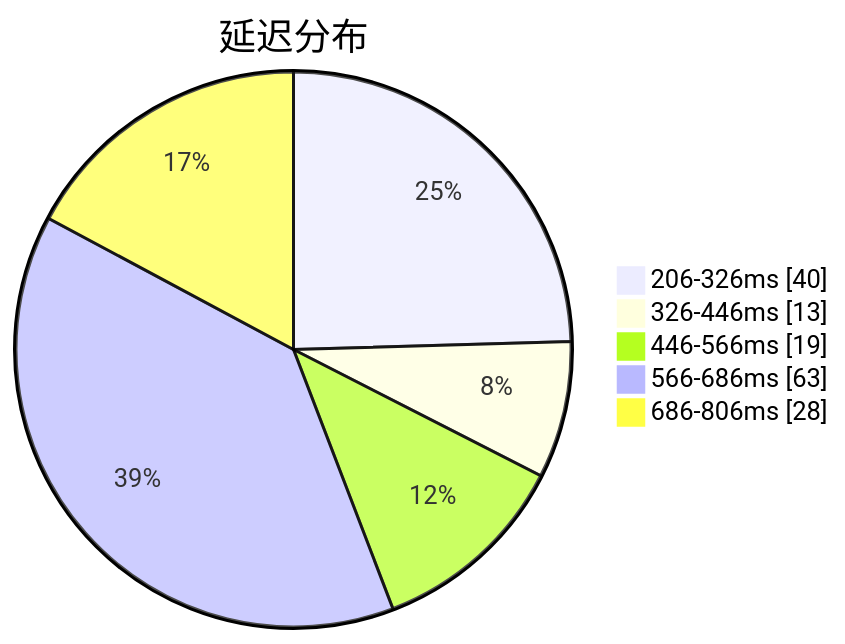
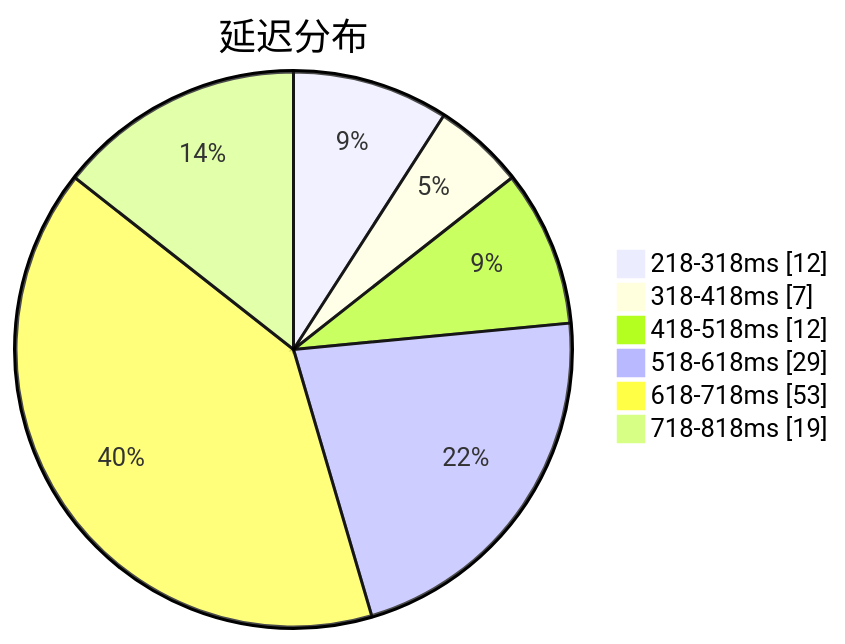
One commit to sinspired/airport changed the first of 3 diagrams in subs/statistics/tested_within.md. Above: the diagram before and after it, drawn with Mermaid. The commit also changed other lines of this file and 2 other files, not shown here.

````diff
--- a/subs/statistics/tested_within.md
+++ b/subs/statistics/tested_within.md
@@ -2,9 +2,10 @@
 ```mermaid
 pie showData
 title 延迟分布
-"206-326ms" : 40
-"326-446ms" : 13
-"446-566ms" : 19
-"566-686ms" : 63
-"686-806ms" : 28
+"218-318ms" : 12
+"318-418ms" : 7
+"418-518ms" : 12
+"518-618ms" : 29
+"618-718ms" : 53
+"718-818ms" : 19
 ```
````
